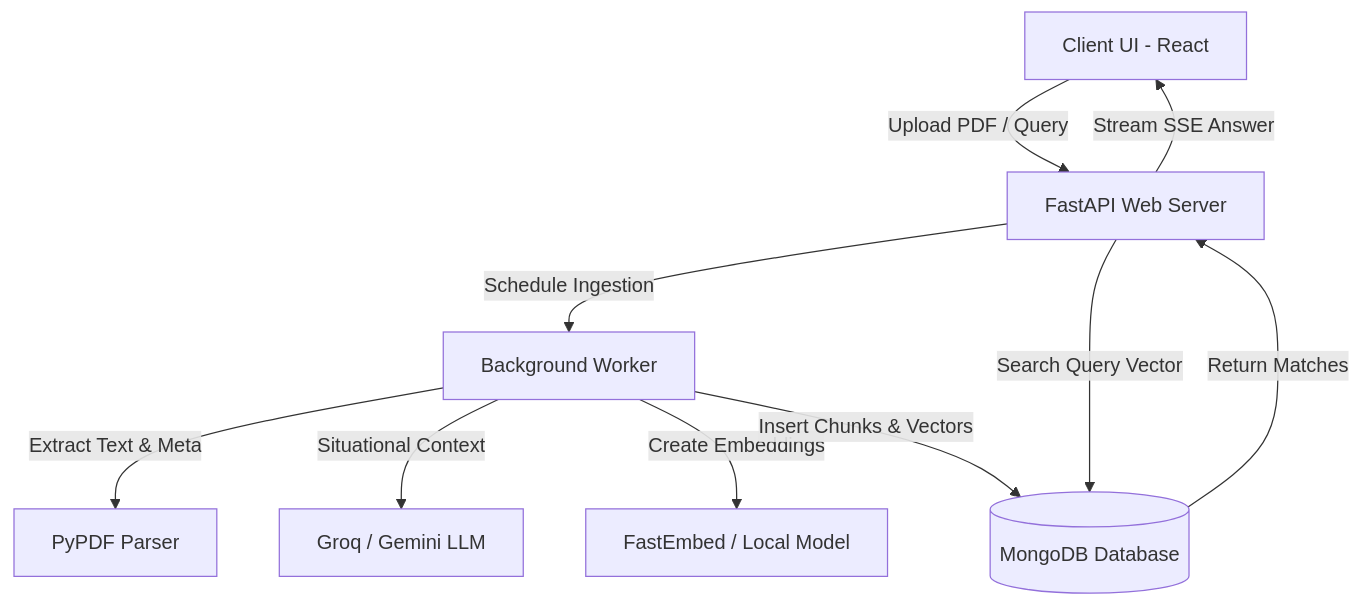
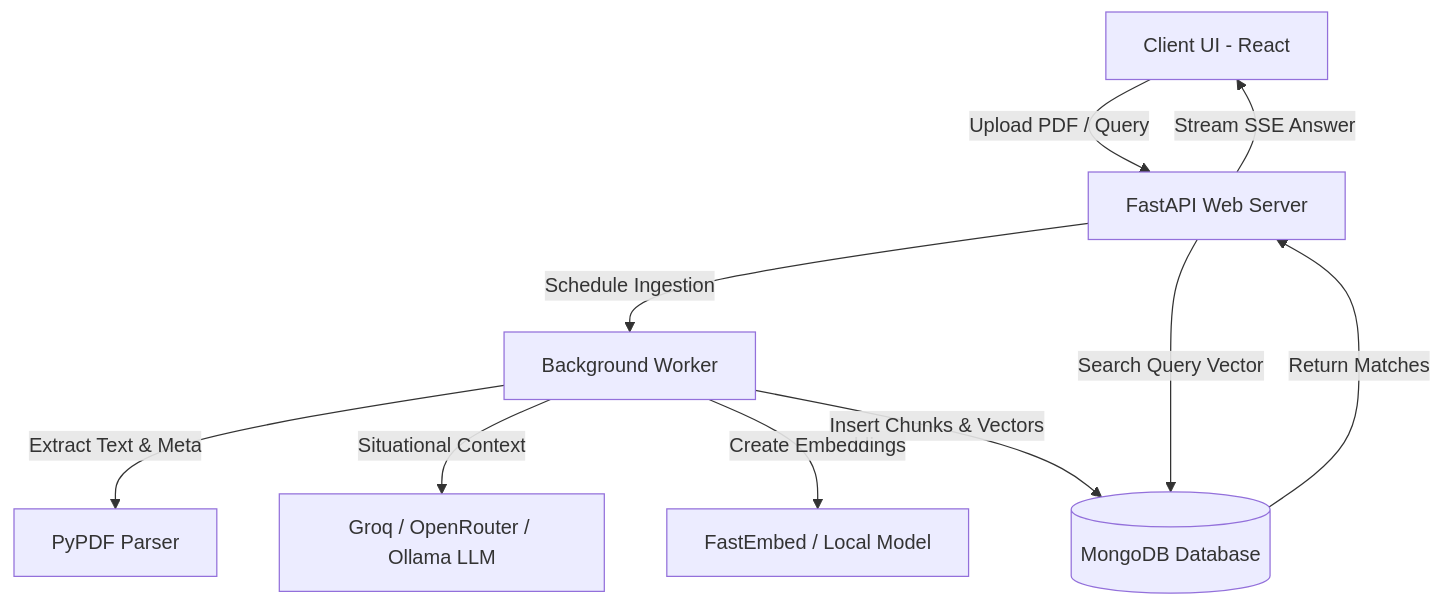
One commit to PRANAVMANDANI/breach_document_rag changed the diagram in README.md. Above: the diagram before and after it, drawn with Mermaid. The commit also changed other lines of this file, not shown here.

````diff
--- a/README.md
+++ b/README.md
@@ -31,12 +32,12 @@
 ```mermaid
 graph TD
     A[Client UI - React] -->|Upload PDF / Query| B[FastAPI Web Server]
     B -->|Schedule Ingestion| C[Background Worker]
     C -->|Extract Text & Meta| D[PyPDF Parser]
-    C -->|Situational Context| E[Groq / Gemini LLM]
+    C -->|Situational Context| E[Groq / OpenRouter / Ollama LLM]
     C -->|Create Embeddings| F[FastEmbed / Local Model]
     C -->|Insert Chunks & Vectors| G[(MongoDB Database)]
     B -->|Search Query Vector| G
     G -->|Return Matches| B
     B -->|Stream SSE Answer| A
 ```
````
